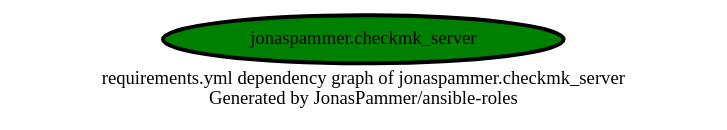
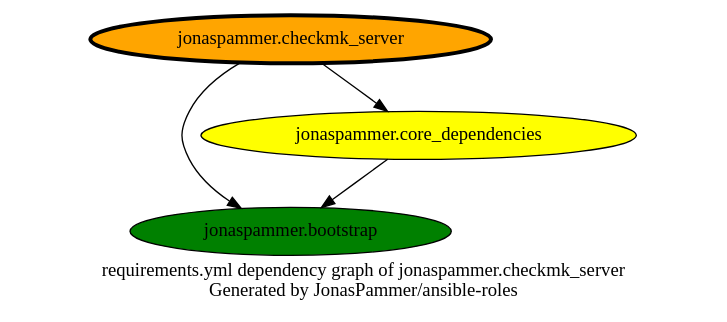
Before and after one commit to JonasPammer/ansible-roles: the diagram in graphs/dependencies_checkmk_server.dot, drawn with Graphviz. The commit also changed 42 other files, not shown here.

```diff
--- a/graphs/dependencies_checkmk_server.dot
+++ b/graphs/dependencies_checkmk_server.dot
@@ -1,10 +1,15 @@
+// This file is generated from `templates/dependencies_single.adoc.jinja2` by Github CI, all local changes will be lost eventually.
 digraph hierarchy {
   label = "requirements.yml dependency graph of jonaspammer.checkmk_server \n Generated by JonasPammer/ansible-roles" ;
   overlap=false
 
   {
-    "jonaspammer.checkmk_server" [fillcolor=green style=filled penwidth=3]
+    "jonaspammer.checkmk_server" [fillcolor=orange style=filled penwidth=3]
+    "jonaspammer.bootstrap" [fillcolor=green style=filled ]
+    "jonaspammer.core_dependencies" [fillcolor=yellow style=filled ]
   }
 
 
+  "jonaspammer.checkmk_server" -> {"jonaspammer.bootstrap" "jonaspammer.core_dependencies"}
+  "jonaspammer.core_dependencies" -> {"jonaspammer.bootstrap"}
 }
```
